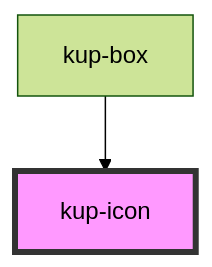
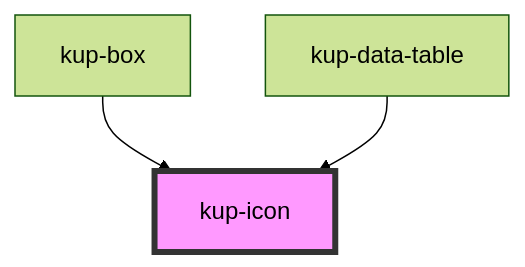
One commit to smeup/ketchup changed the diagram in packages/ketchup/src/components/kup-icon/readme.md. Above: the diagram before and after it, drawn with Mermaid (forest theme). The commit also changed other lines of this file and 10 other files, not shown here.

Commit message:
kup box missing impls: refactoring -> buildIconConfig used in box and datatable

````diff
--- a/packages/ketchup/src/components/kup-icon/readme.md
+++ b/packages/ketchup/src/components/kup-icon/readme.md
@@ -25,5 +26,6 @@
 ```mermaid
 graph TD;
   kup-box --> kup-icon
+  kup-data-table --> kup-icon
   style kup-icon fill:#f9f,stroke:#333,stroke-width:4px
 ```
````
